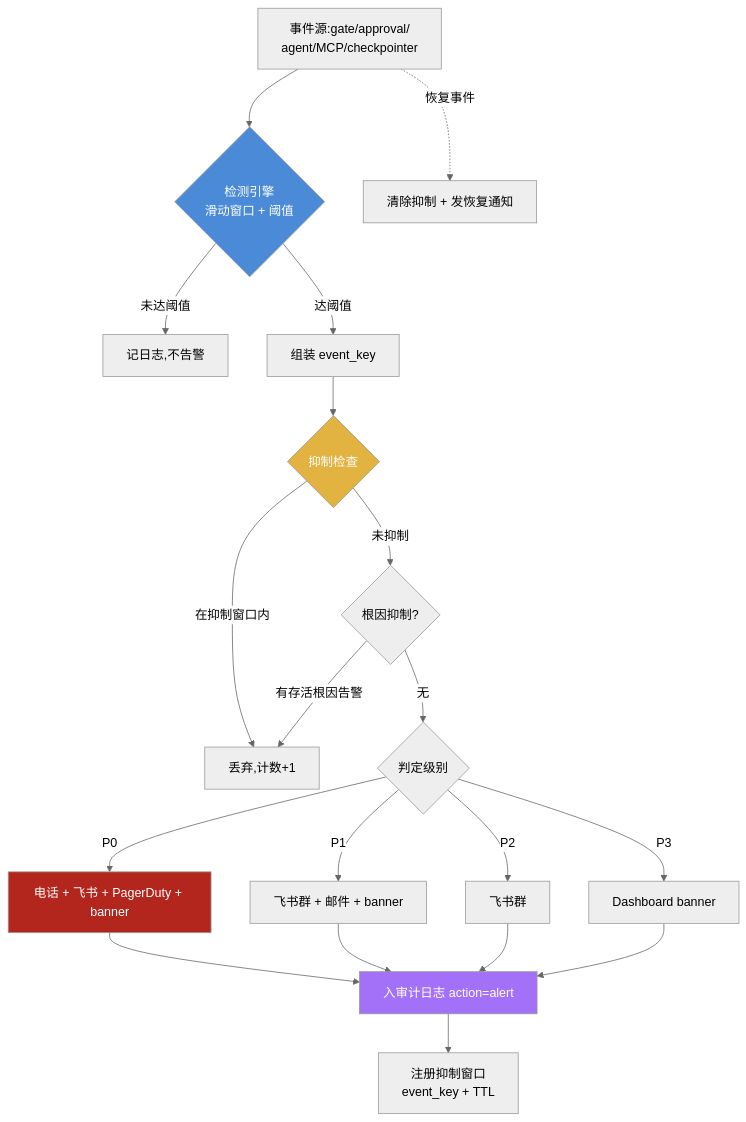
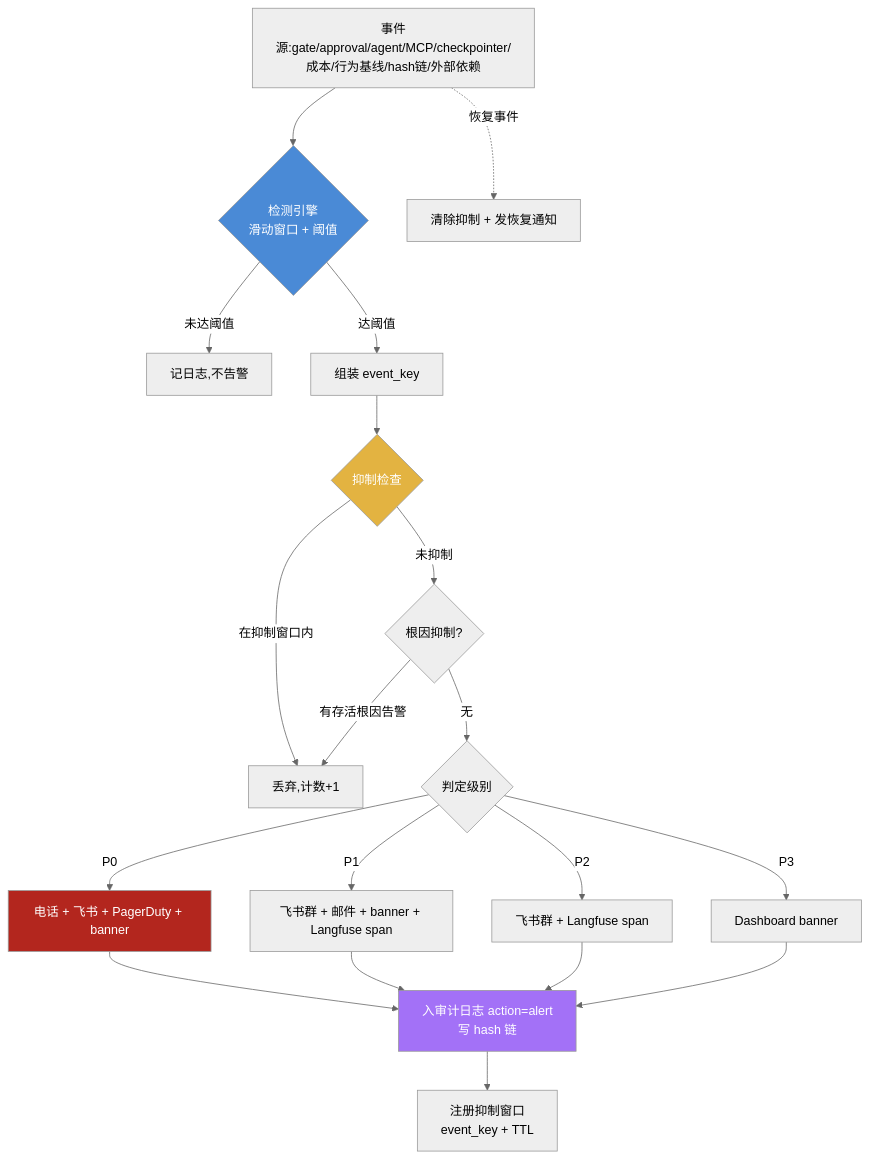
One commit to s-charvin/ai-delivery-kit changed the first of 9 diagrams in docs/prd/deep-dive/fr7-fr8-monitoring-visual.md. Above: the diagram before and after it, drawn with Mermaid (neutral theme). The commit also changed other lines of this file and 4 other files, not shown here.

````diff
--- a/docs/prd/deep-dive/fr7-fr8-monitoring-visual.md
+++ b/docs/prd/deep-dive/fr7-fr8-monitoring-visual.md
@@ -134,29 +191,29 @@
 ```mermaid
 flowchart TB
-    EVT[事件源:gate/approval/<br/>agent/MCP/checkpointer] --> DET{检测引擎<br/>滑动窗口 + 阈值}
+    EVT[事件源:gate/approval/agent/MCP/checkpointer/<br/>成本/行为基线/hash链/外部依赖] --> DET{检测引擎<br/>滑动窗口 + 阈值}
 
     DET -->|未达阈值| LOG[记日志,不告警]
     DET -->|达阈值| KEY[组装 event_key]
     KEY --> SUP{抑制检查}
 
     SUP -->|在抑制窗口内| DROP[丢弃,计数+1]
     SUP -->|未抑制| ROOT{根因抑制?}
 
     ROOT -->|有存活根因告警| DROP
     ROOT -->|无| LVL{判定级别}
 
     LVL -->|P0| CH0[电话 + 飞书 + PagerDuty + banner]
-    LVL -->|P1| CH1[飞书群 + 邮件 + banner]
-    LVL -->|P2| CH2[飞书群]
+    LVL -->|P1| CH1[飞书群 + 邮件 + banner + Langfuse span]
+    LVL -->|P2| CH2[飞书群 + Langfuse span]
     LVL -->|P3| CH3[Dashboard banner]
 
-    CH0 & CH1 & CH2 & CH3 --> AUD[入审计日志 action=alert]
+    CH0 & CH1 & CH2 & CH3 --> AUD[入审计日志 action=alert<br/>写 hash 链]
     AUD --> REG[注册抑制窗口<br/>event_key + TTL]
 
     EVT -.恢复事件.-> CLR[清除抑制 + 发恢复通知]
 
     style DET fill:#4a8ad6,color:#fff
     style SUP fill:#e3b341,color:#fff
     style CH0 fill:#b3261e,color:#fff
     style AUD fill:#a371f7,color:#fff
 ```
````
